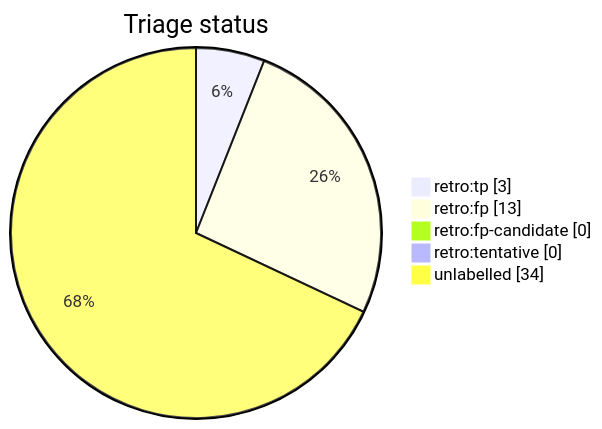
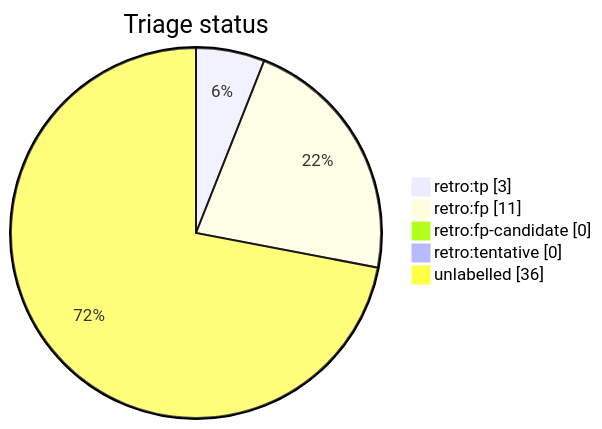
The diagram in docs/generated/scripts/auto-retro-triage-report.md (tvna/claude-md), drawn with Mermaid before and after one commit. The commit also changed other lines of this file, not shown here.

First line of the commit message:
chore(auto-retro): refresh triage report

````diff
--- a/docs/generated/scripts/auto-retro-triage-report.md
+++ b/docs/generated/scripts/auto-retro-triage-report.md
@@ -15,9 +15,9 @@
 ```mermaid
 pie showData
     title Triage status
     "retro:tp" : 3
-    "retro:fp" : 13
+    "retro:fp" : 11
     "retro:fp-candidate" : 0
     "retro:tentative" : 0
-    "unlabelled" : 34
+    "unlabelled" : 36
 ```
````
